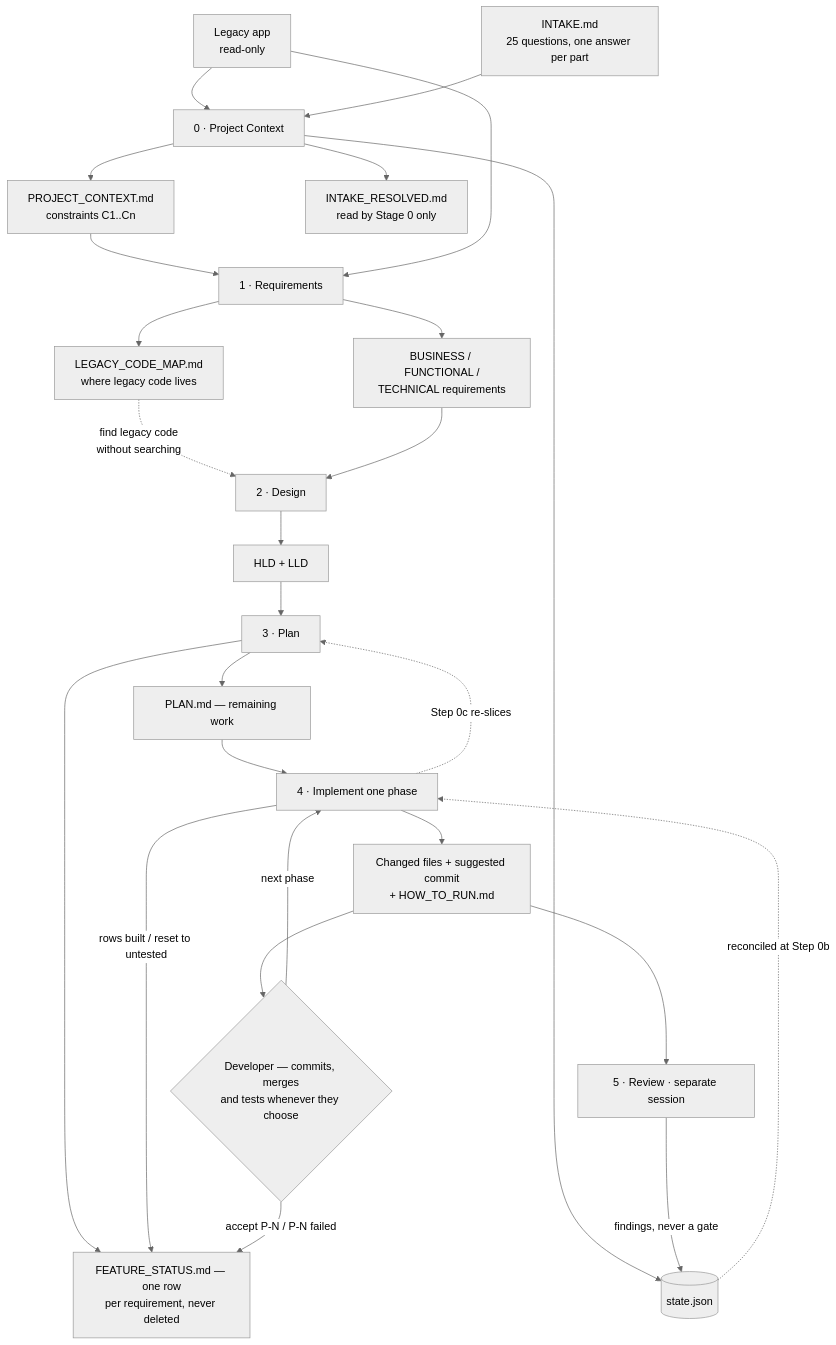
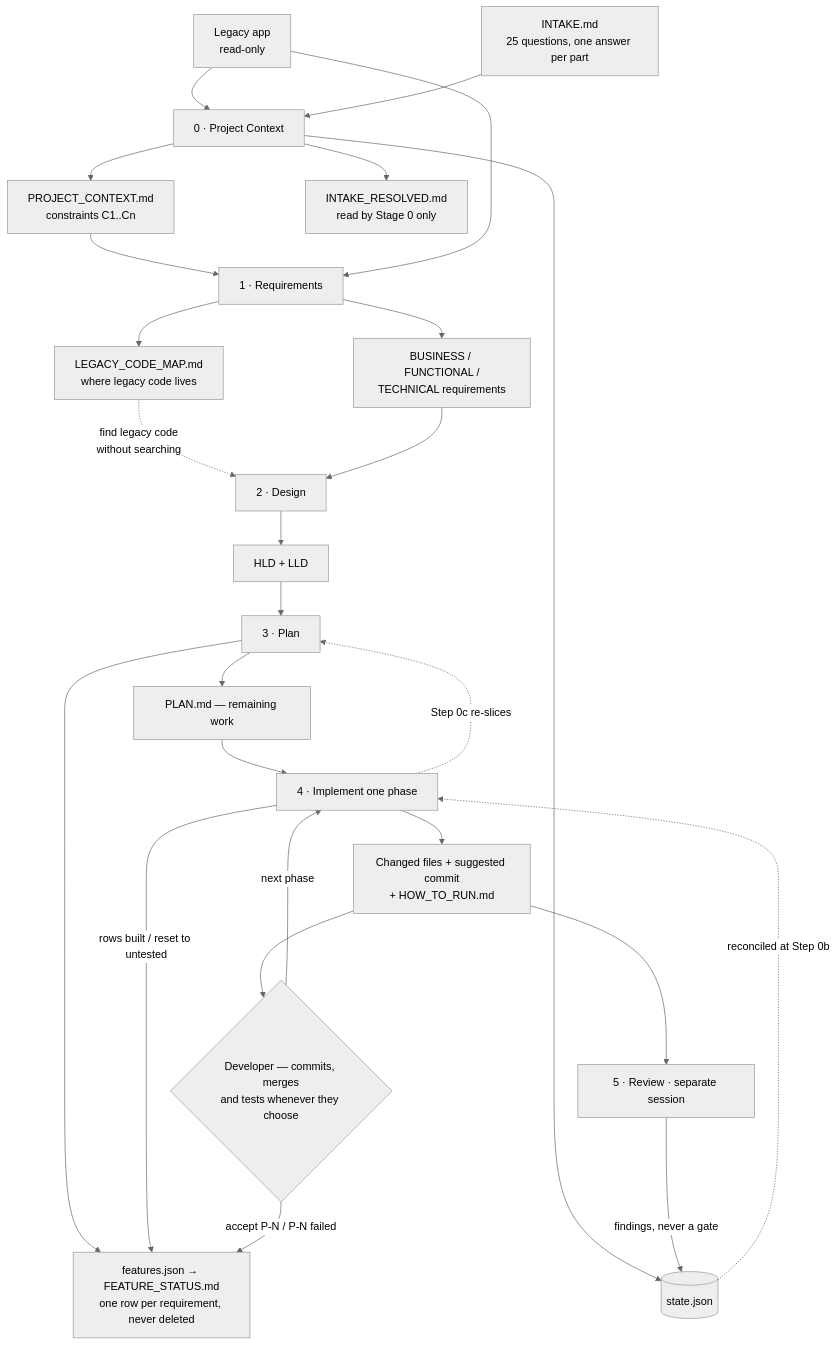
One commit to Mabeesha/AppModernizationHarness changed the first of 4 diagrams in docs/DESIGN.md. Above: the diagram before and after it, drawn with Mermaid (neutral theme). The commit also changed other lines of this file and 18 other files, not shown here.

First line of the commit message:
Feature ledger as JSON with a docs tool; fix Windows/Duo tool-call failures

````diff
--- a/docs/DESIGN.md
+++ b/docs/DESIGN.md
@@ -40,28 +43,28 @@
 ```mermaid
 flowchart TD
     L[Legacy app<br/>read-only] --> S0
     I[INTAKE.md<br/>25 questions, one answer per part] --> S0[0 · Project Context]
     S0 --> PC[PROJECT_CONTEXT.md<br/>constraints C1..Cn]
     S0 --> ST[(state.json)]
     S0 --> IR[INTAKE_RESOLVED.md<br/>read by Stage 0 only]
     PC --> S1[1 · Requirements]
     L --> S1
     S1 --> REQ[BUSINESS / FUNCTIONAL /<br/>TECHNICAL requirements]
     S1 --> CM[LEGACY_CODE_MAP.md<br/>where legacy code lives]
     CM -.->|find legacy code<br/>without searching| S2
     REQ --> S2[2 · Design]
     S2 --> D[HLD + LLD]
     D --> S3[3 · Plan]
     S3 --> PL[PLAN.md — remaining work]
-    S3 --> FS[FEATURE_STATUS.md — one row<br/>per requirement, never deleted]
+    S3 --> FS[features.json → FEATURE_STATUS.md<br/>one row per requirement, never deleted]
     PL --> S4[4 · Implement one phase]
     S4 --> HO[Changed files + suggested commit<br/>+ HOW_TO_RUN.md]
     S4 -->|rows built / reset to untested| FS
     HO --> DEV{Developer — commits, merges<br/>and tests whenever they choose}
     DEV -- next phase --> S4
     DEV -- accept P-N / P-N failed --> FS
     S4 -.->|Step 0c re-slices| S3
     HO --> S5[5 · Review · separate session]
     S5 -->|findings, never a gate| ST
     ST -.->|reconciled at Step 0b| S4
 ```
````
